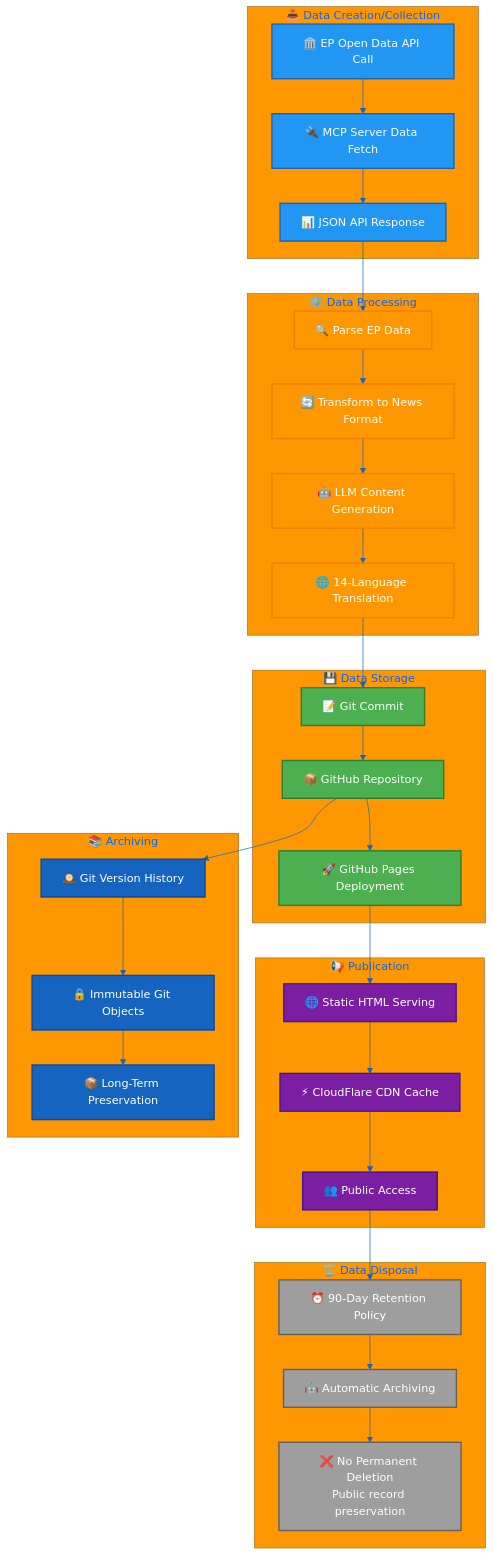
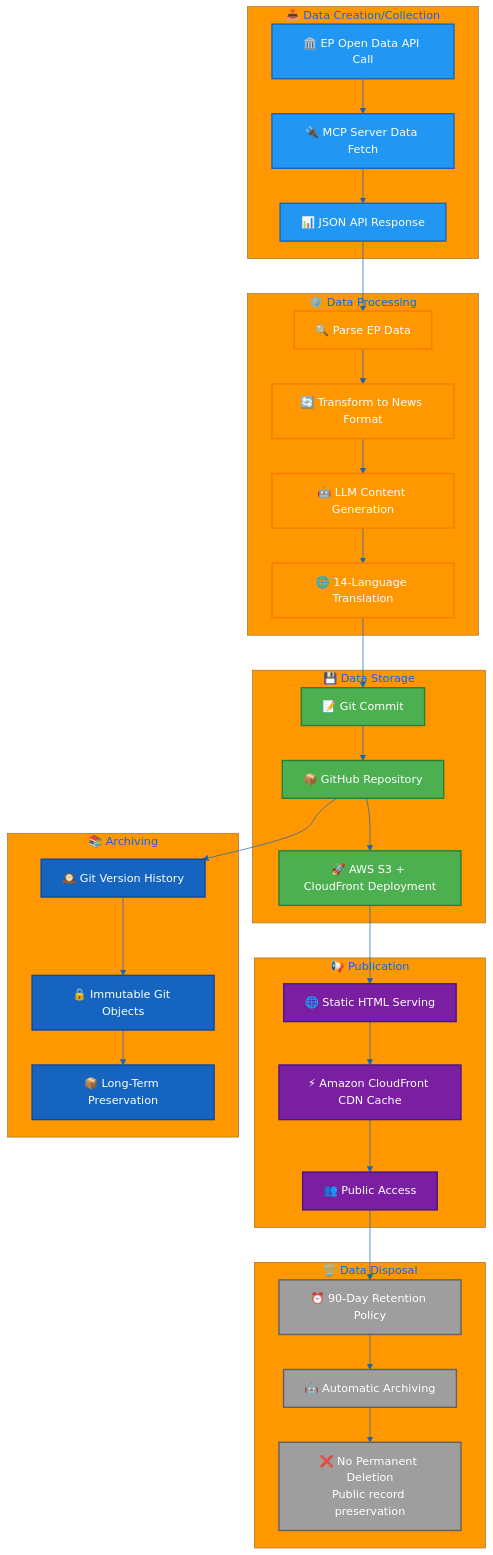
Before and after one commit to Hack23/euparliamentmonitor: the third of 4 diagrams in CLASSIFICATION.md, drawn with Mermaid. The commit also changed other lines of this file, not shown here.

Commit message:
docs: fix infrastructure references from GitHub Pages/Cloudflare to AWS S3+CloudFront

```diff
--- a/CLASSIFICATION.md
+++ b/CLASSIFICATION.md
@@ -515,12 +515,12 @@
     subgraph STORAGE["💾 Data Storage"]
         GIT_COMMIT[📝 Git Commit]
         REPO_STORE[📦 GitHub Repository]
-        PAGES_DEPLOY[🚀 GitHub Pages Deployment]
+        PAGES_DEPLOY[🚀 AWS S3 + CloudFront Deployment]
     end
     
     subgraph PUBLICATION["📢 Publication"]
         HTML_SERVE[🌐 Static HTML Serving]
-        CDN_CACHE[⚡ CloudFlare CDN Cache]
+        CDN_CACHE[⚡ Amazon CloudFront CDN Cache]
         PUBLIC_ACCESS[👥 Public Access]
     end
     
```
